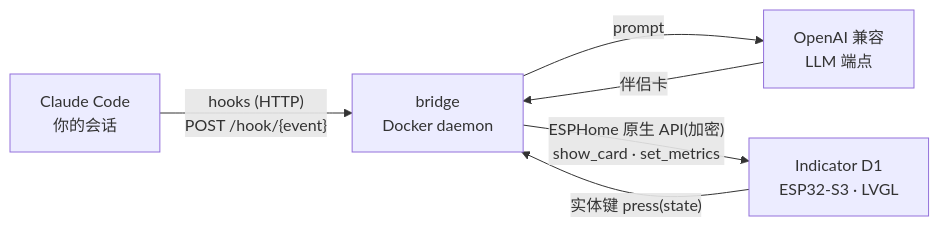
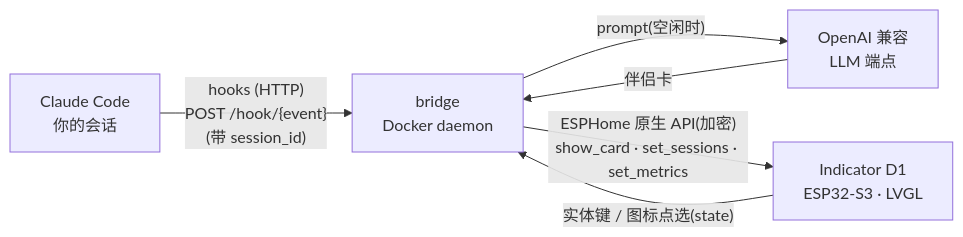
The diagram in README.zh-CN.md (yufeikang/indicator-ai-companion), drawn with Mermaid before and after one commit. The commit also changed other lines of this file and 24 other files, not shown here.

````diff
--- a/README.zh-CN.md
+++ b/README.zh-CN.md
@@ -19,13 +22,13 @@
 ```mermaid
 flowchart LR
     CC["Claude Code<br/>你的会话"]
     BR["bridge<br/>Docker daemon"]
     LLM["OpenAI 兼容<br/>LLM 端点"]
     DEV["Indicator D1<br/>ESP32-S3 · LVGL"]
 
-    CC -- "hooks (HTTP)<br/>POST /hook/{event}" --> BR
-    BR -- "prompt" --> LLM
+    CC -- "hooks (HTTP)<br/>POST /hook/{event}<br/>(带 session_id)" --> BR
+    BR -- "prompt(空闲时)" --> LLM
     LLM -- "伴侣卡" --> BR
-    BR -- "ESPHome 原生 API(加密)<br/>show_card · set_metrics" --> DEV
-    DEV -- "实体键 press(state)" --> BR
+    BR -- "ESPHome 原生 API(加密)<br/>show_card · set_sessions · set_metrics" --> DEV
+    DEV -- "实体键 / 图标点选(state)" --> BR
 ```
````
